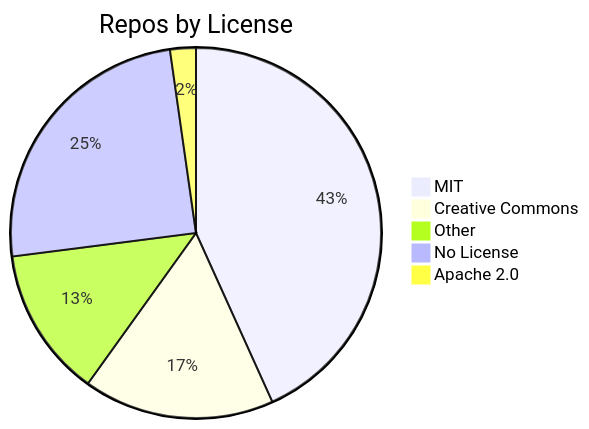
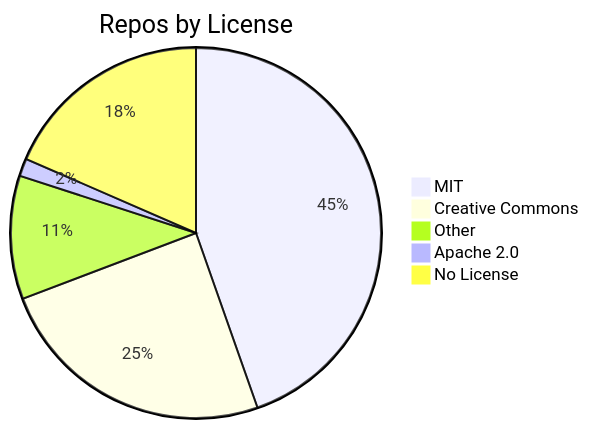
One commit to jpatterson933/awesome-mcp-server-repo-index changed the diagram in README.md. Above: the diagram before and after it, drawn with Mermaid. The commit also changed other lines of this file and 7 other files, not shown here.

````diff
--- a/README.md
+++ b/README.md
@@ -31,8 +31,8 @@
 ```mermaid
 pie title Repos by License
-    "MIT" : 96
-    "Creative Commons" : 37
-    "Other" : 29
-    "No License" : 55
-    "Apache 2.0" : 5
+    "MIT" : 29
+    "Creative Commons" : 16
+    "Other" : 7
+    "Apache 2.0" : 1
+    "No License" : 12
 ```
````
